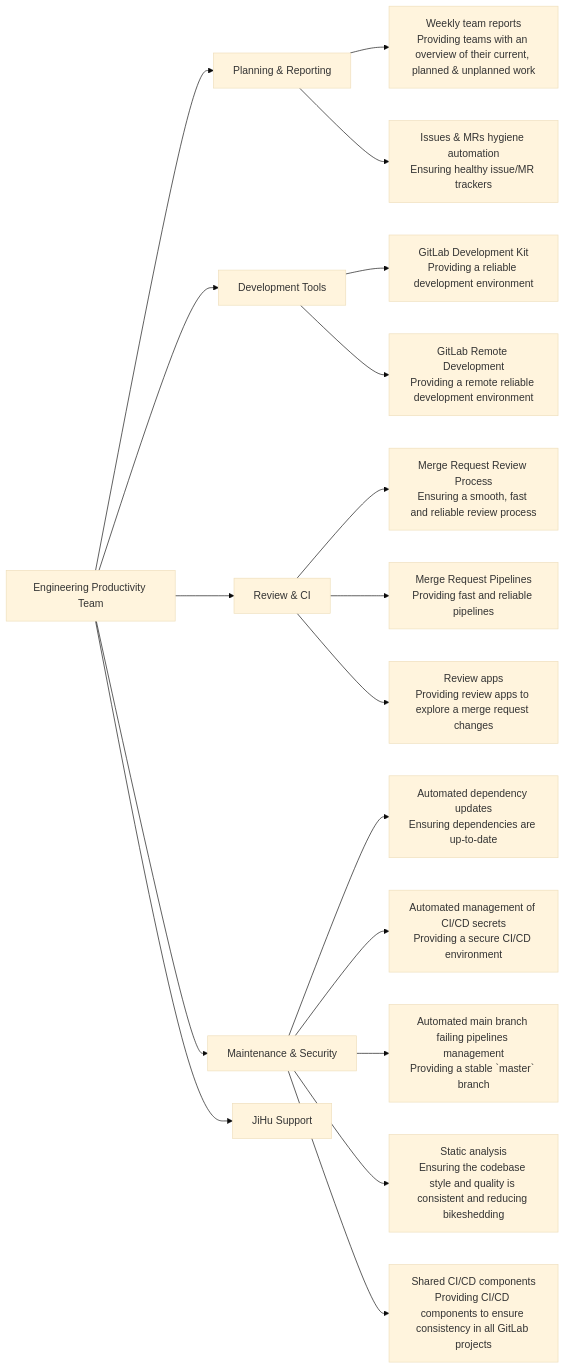
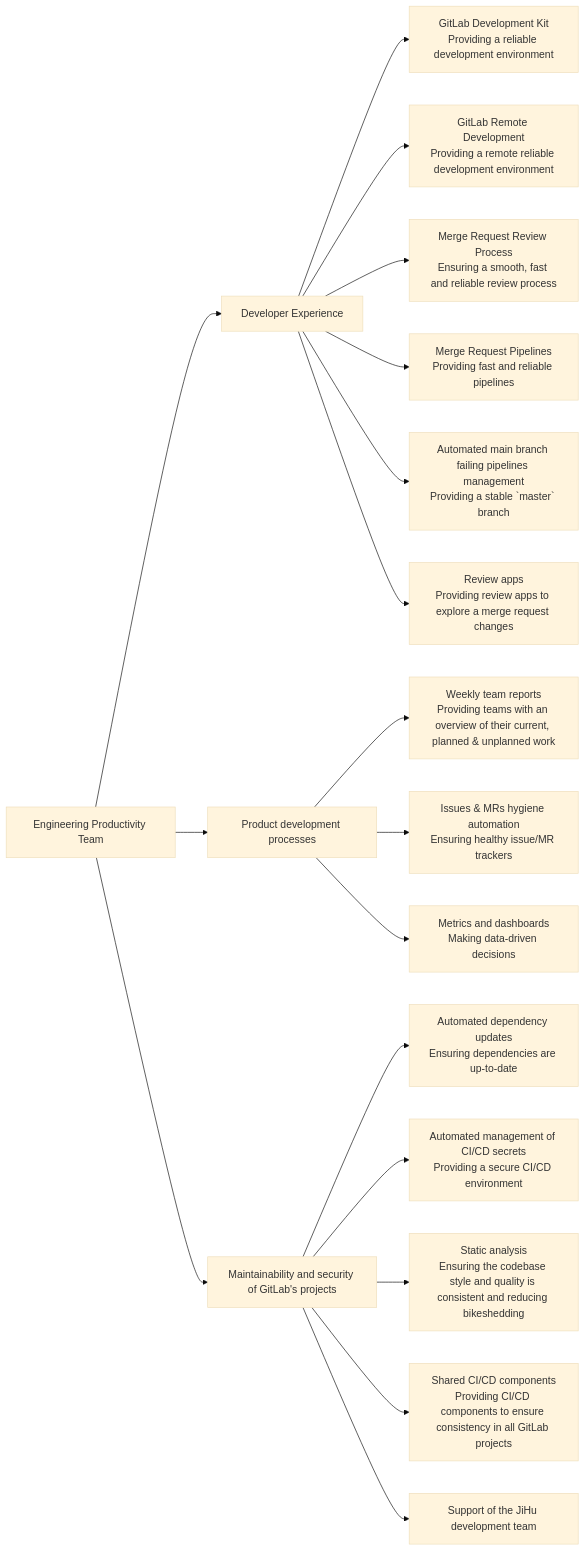
The diagram in content/handbook/engineering/infrastructure/engineering-productivity/_index.md (secretstartups/handbook), drawn with Mermaid (base theme) before and after one commit. The commit also changed other lines of this file, not shown here.

Commit message:
Refresh the EP team Mission & Vision

````diff
--- a/content/handbook/engineering/infrastructure/engineering-productivity/_index.md
+++ b/content/handbook/engineering/infrastructure/engineering-productivity/_index.md
@@ -35,39 +49,38 @@
 ```mermaid
 graph LR
     A[Engineering Productivity Team]
 
-    A --> B[Planning & Reporting]
+    A --> C[Developer Experience]
+    C --> C1[GitLab Development Kit<br>Providing a reliable development environment]
+    click C1 "https://gitlab.com/groups/gitlab-org/quality/engineering-productivity/-/epics/31"
+    C --> C2[GitLab Remote Development<br>Providing a remote reliable development environment]
+    click C2 "https://gitlab.com/groups/gitlab-org/-/epics/11799"
+    C --> C3[Merge Request Review Process<br>Ensuring a smooth, fast and reliable review process]
+    click C3 "https://gitlab.com/groups/gitlab-org/quality/engineering-productivity/-/epics/34"
+    C --> C4[Merge Request Pipelines<br>Providing fast and reliable pipelines]
+    click C4 "https://gitlab.com/groups/gitlab-org/quality/engineering-productivity/-/epics/28"
+    C --> C5[Automated main branch failing pipelines management<br>Providing a stable `master` branch]
+    click C5 "https://gitlab.com/groups/gitlab-org/quality/engineering-productivity/-/epics/30"
+    C --> C6[Review apps<br>Providing review apps to explore a merge request changes]
+    click C6 "https://gitlab.com/groups/gitlab-org/quality/engineering-productivity/-/epics/33"
+
+    A --> B[Product development processes]
     B --> B1[Weekly team reports<br>Providing teams with an overview of their current, planned & unplanned work]
     click B1 "https://gitlab.com/groups/gitlab-org/quality/engineering-productivity/-/epics/32"
     B --> B2[Issues & MRs hygiene automation<br>Ensuring healthy issue/MR trackers]
     click B2 "https://gitlab.com/groups/gitlab-org/quality/engineering-productivity/-/epics/32"
+    B --> B3[Metrics and dashboards<br>Making data-driven decisions]
+    click B3 "https://gitlab.com/groups/gitlab-org/quality/engineering-productivity/-/epics/36"
 
-    A --> C[Development Tools]
-    C --> C1[GitLab Development Kit<br>Providing a reliable development environment]
-    click C1 "https://gitlab.com/groups/gitlab-org/quality/engineering-productivity/-/epics/31"
-    C --> C2[GitLab Remote Development<br>Providing a remote reliable development environment]
-    click C1 "https://gitlab.com/groups/gitlab-org/quality/engineering-productivity/-/epics/31"
-
-    A --> F[Review & CI]
-    F --> F2[Merge Request Review Process<br>Ensuring a smooth, fast and reliable review process]
-    click F2 "https://gitlab.com/groups/gitlab-org/quality/engineering-productivity/-/epics/34"
-    F --> F3[Merge Request Pipelines<br>Providing fast and reliable pipelines]
-    click F3 "https://gitlab.com/groups/gitlab-org/quality/engineering-productivity/-/epics/28"
-    F --> F4[Review apps<br>Providing review apps to explore a merge request changes]
-    click F4 "https://gitlab.com/groups/gitlab-org/quality/engineering-productivity/-/epics/33"
-
-    A --> D[Maintenance & Security]
+    A --> D[Maintainability and security of GitLab's projects]
     D --> D1[Automated dependency updates<br>Ensuring dependencies are up-to-date]
     click D1 "https://gitlab.com/groups/gitlab-org/quality/engineering-productivity/-/epics/40"
     D --> D2[Automated management of CI/CD secrets<br>Providing a secure CI/CD environment]
     click D2 "https://gitlab.com/groups/gitlab-org/quality/engineering-productivity/-/epics/46"
-    D --> D3[Automated main branch failing pipelines management<br>Providing a stable `master` branch]
-    click D3 "https://gitlab.com/groups/gitlab-org/quality/engineering-productivity/-/epics/30"
-    D --> D4[Static analysis<br>Ensuring the codebase style and quality is consistent and reducing bikeshedding]
-    click D4 "https://gitlab.com/groups/gitlab-org/quality/engineering-productivity/-/epics/38"
-    D --> D5[Shared CI/CD components<br>Providing CI/CD components to ensure consistency in all GitLab projects]
-    click D5 "https://gitlab.com/groups/gitlab-org/quality/engineering-productivity/-/epics/41"
-
-    A --> G[JiHu Support]
-    click G "https://gitlab.com/groups/gitlab-org/quality/engineering-productivity/-/epics/35"
+    D --> D3[Static analysis<br>Ensuring the codebase style and quality is consistent and reducing bikeshedding]
+    click D3 "https://gitlab.com/groups/gitlab-org/quality/engineering-productivity/-/epics/38"
+    D --> D4[Shared CI/CD components<br>Providing CI/CD components to ensure consistency in all GitLab projects]
+    click D4 "https://gitlab.com/groups/gitlab-org/quality/engineering-productivity/-/epics/41"
+    D --> D5[Support of the JiHu development team]
+    click D5 "https://gitlab.com/groups/gitlab-org/quality/engineering-productivity/-/epics/35"
 ```
````
